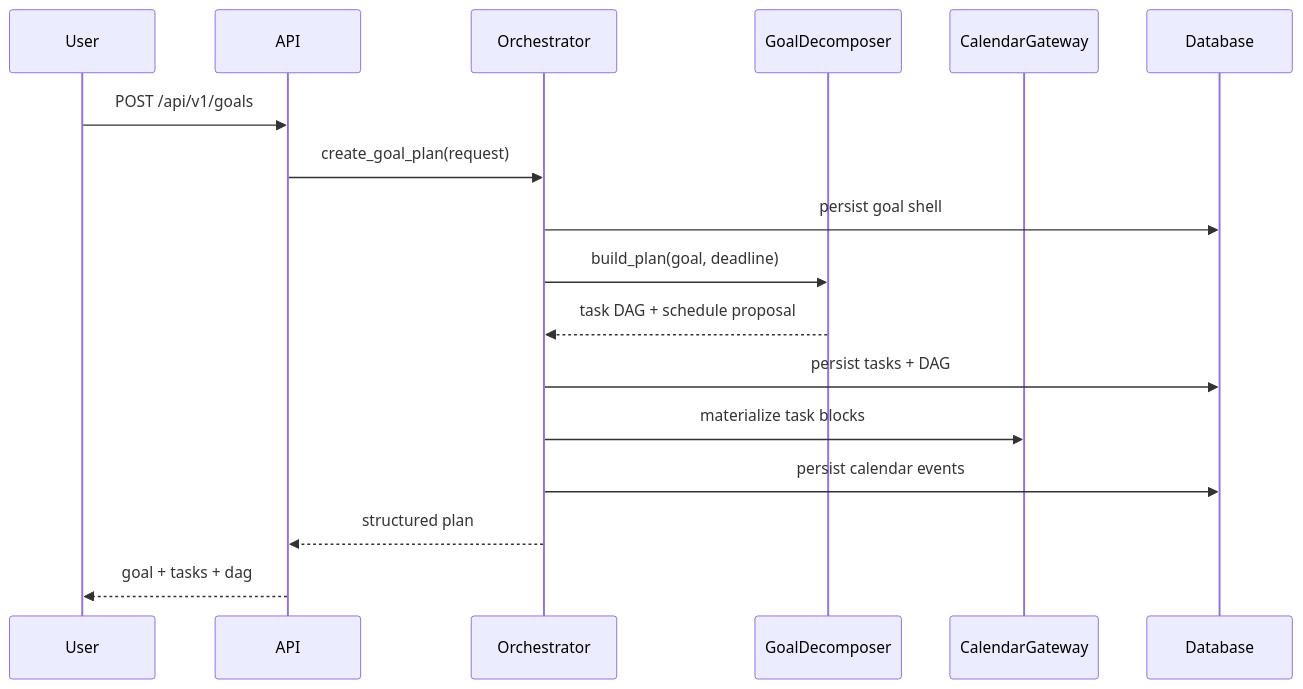
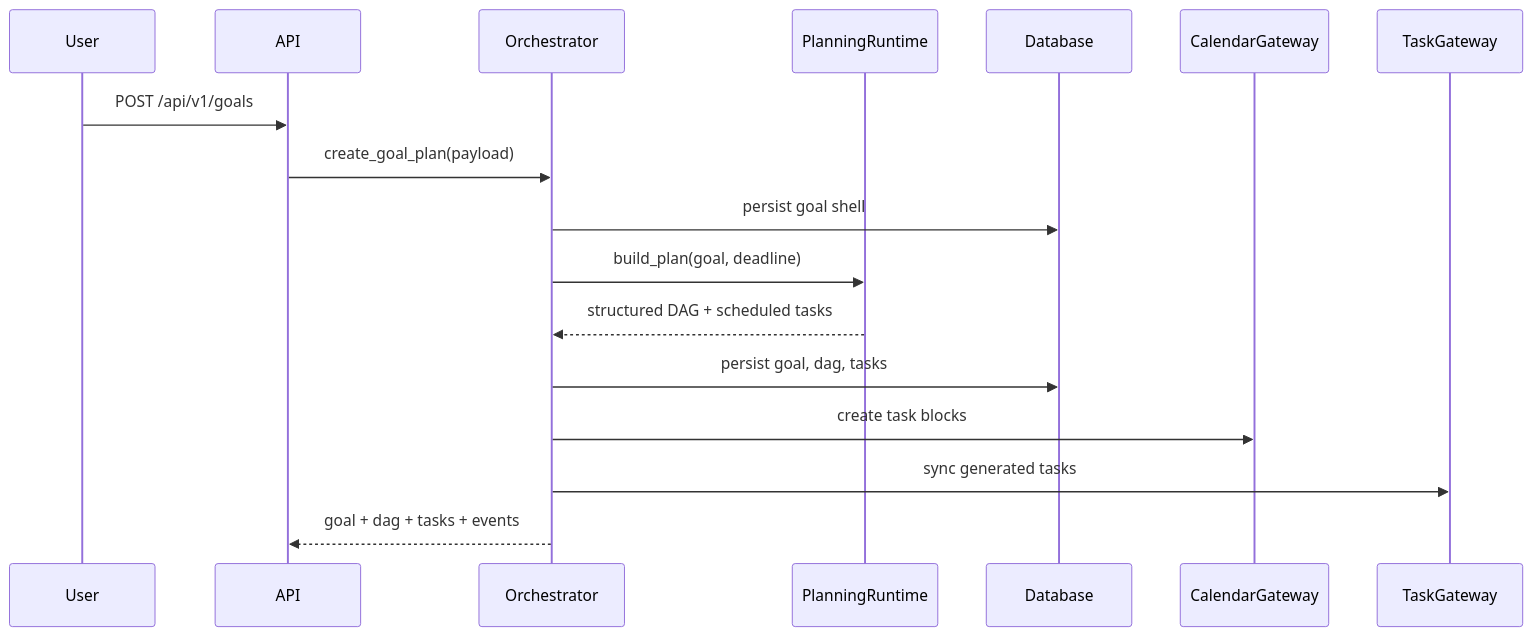
One commit to Devaraj-05/telova changed the second of 5 diagrams in docs/hld-lld.md. Above: the diagram before and after it, drawn with Mermaid. The commit also changed other lines of this file and 35 other files, not shown here.

First line of the commit message:
added initial database schema and integration with Google Workspace

````diff
--- a/docs/hld-lld.md
+++ b/docs/hld-lld.md
@@ -63,19 +89,19 @@
 ```mermaid
 sequenceDiagram
     participant U as User
     participant A as API
     participant O as Orchestrator
-    participant G as GoalDecomposer
+    participant P as PlanningRuntime
+    participant D as Database
     participant C as CalendarGateway
-    participant D as Database
+    participant T as TaskGateway
     U->>A: POST /api/v1/goals
-    A->>O: create_goal_plan(request)
+    A->>O: create_goal_plan(payload)
     O->>D: persist goal shell
-    O->>G: build_plan(goal, deadline)
-    G-->>O: task DAG + schedule proposal
-    O->>D: persist tasks + DAG
-    O->>C: materialize task blocks
-    O->>D: persist calendar events
-    O-->>A: structured plan
-    A-->>U: goal + tasks + dag
+    O->>P: build_plan(goal, deadline)
+    P-->>O: structured DAG + scheduled tasks
+    O->>D: persist goal, dag, tasks
+    O->>C: create task blocks
+    O->>T: sync generated tasks
+    O-->>A: goal + dag + tasks + events
 ```
````
